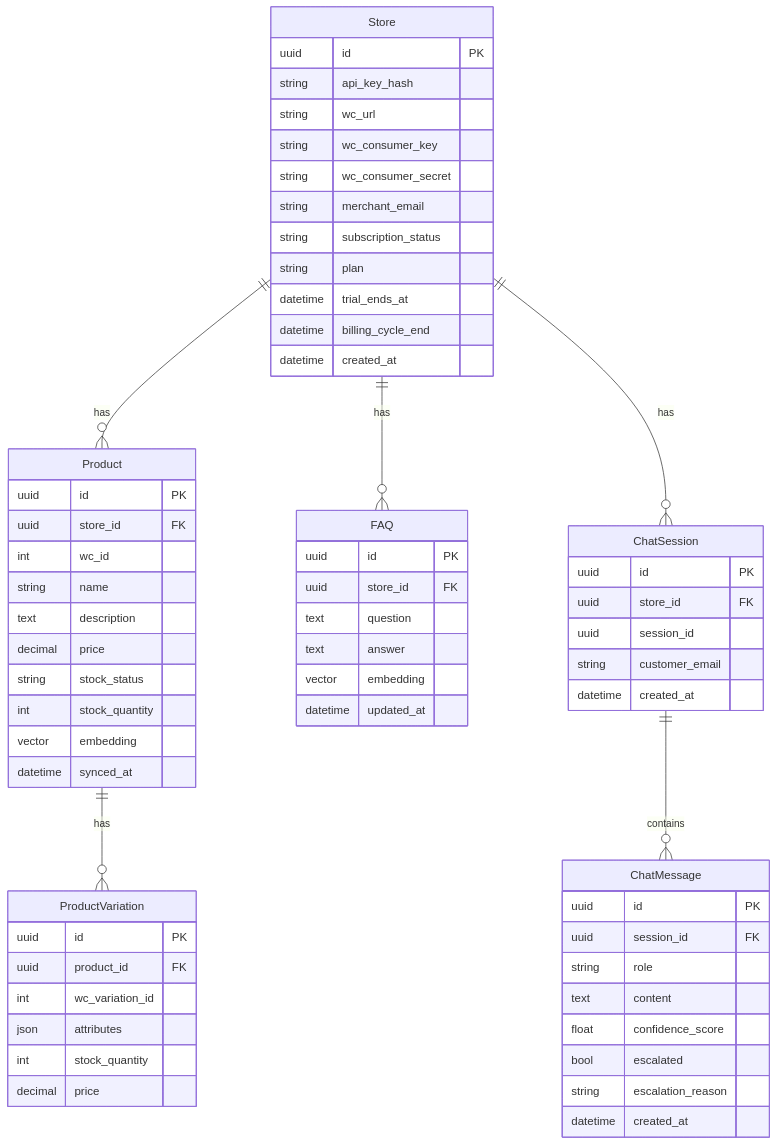
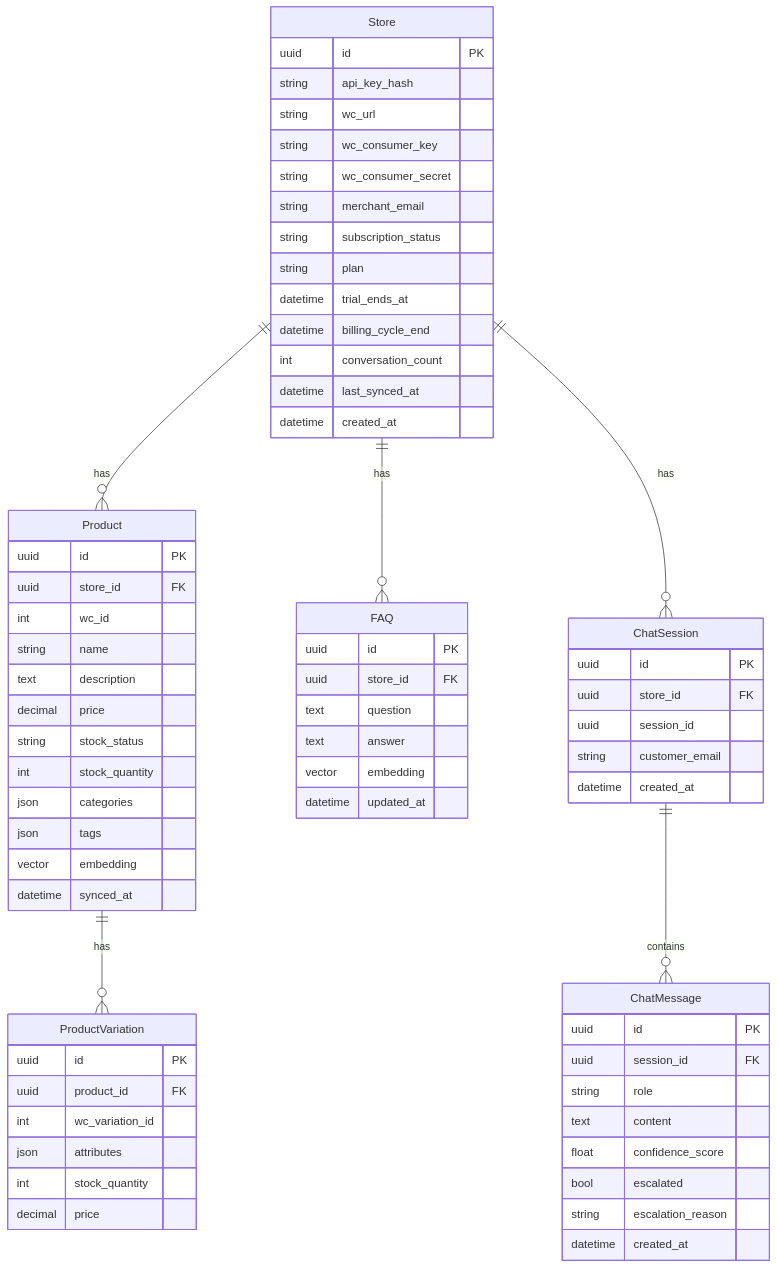
Before and after one commit to aji-pratama/woocs: the fourth of 5 diagrams in .docs/PRD_v0.md, drawn with Mermaid. The commit also changed other lines of this file, not shown here.

````diff
--- a/.docs/PRD_v0.md
+++ b/.docs/PRD_v0.md
@@ -1325,72 +1342,76 @@
 ```mermaid
 erDiagram
   Store ||--o{ Product : has
   Store ||--o{ FAQ : has
   Store ||--o{ ChatSession : has
   Product ||--o{ ProductVariation : has
   ChatSession ||--o{ ChatMessage : contains
 
   Store {
     uuid id PK
     string api_key_hash
     string wc_url
     string wc_consumer_key
     string wc_consumer_secret
     string merchant_email
     string subscription_status
     string plan
     datetime trial_ends_at
     datetime billing_cycle_end
+    int conversation_count
+    datetime last_synced_at
     datetime created_at
   }
 
   Product {
     uuid id PK
     uuid store_id FK
     int wc_id
     string name
     text description
     decimal price
     string stock_status
     int stock_quantity
+    json categories
+    json tags
     vector embedding
     datetime synced_at
   }
 
   ProductVariation {
     uuid id PK
     uuid product_id FK
     int wc_variation_id
     json attributes
     int stock_quantity
     decimal price
   }
 
   FAQ {
     uuid id PK
     uuid store_id FK
     text question
     text answer
     vector embedding
     datetime updated_at
   }
 
   ChatSession {
     uuid id PK
     uuid store_id FK
     uuid session_id
     string customer_email
     datetime created_at
   }
 
   ChatMessage {
     uuid id PK
     uuid session_id FK
     string role
     text content
     float confidence_score
     bool escalated
     string escalation_reason
     datetime created_at
   }
 ```
````
